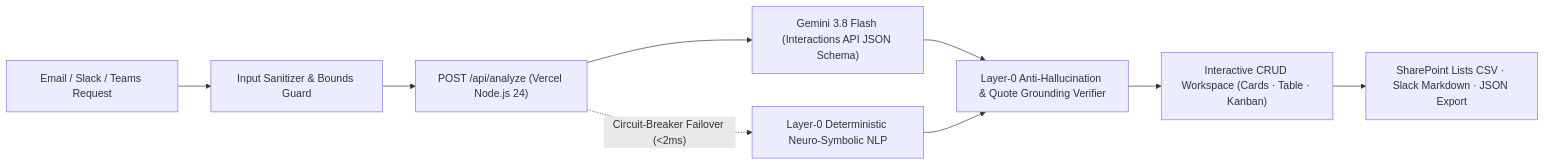
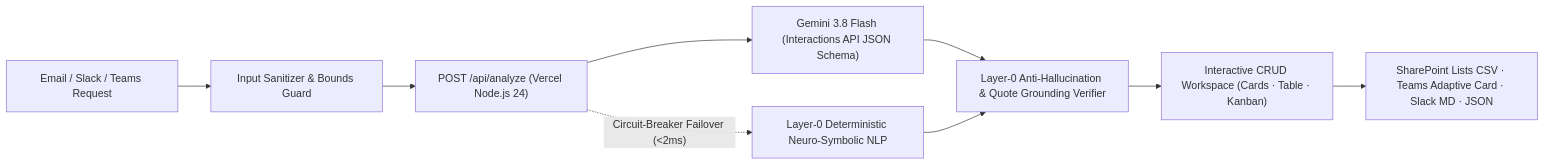
Before and after one commit to valentinflorezarbelaez-ai/Crud-slack: the diagram in README.md, drawn with Mermaid. The commit also changed other lines of this file and 15 other files, not shown here.

Commit message:
feat(enterprise): add SharePoint PnP suite, Teams Adaptive Card, Prometheus metrics & PWA

````diff
--- a/README.md
+++ b/README.md
@@ -9,11 +9,11 @@
 ```mermaid
 flowchart LR
   A["Email / Slack / Teams Request"] --> B["Input Sanitizer & Bounds Guard"]
   B --> C["POST /api/analyze (Vercel Node.js 24)"]
   C --> D["Gemini 3.8 Flash (Interactions API JSON Schema)"]
   C -. "Circuit-Breaker Failover (<2ms)" .-> E["Layer-0 Deterministic Neuro-Symbolic NLP"]
   D --> F["Layer-0 Anti-Hallucination & Quote Grounding Verifier"]
   E --> F
   F --> G["Interactive CRUD Workspace (Cards · Table · Kanban)"]
-  G --> H["SharePoint Lists CSV · Slack Markdown · JSON Export"]
+  G --> H["SharePoint Lists CSV · Teams Adaptive Card · Slack MD · JSON"]
 ```
````
